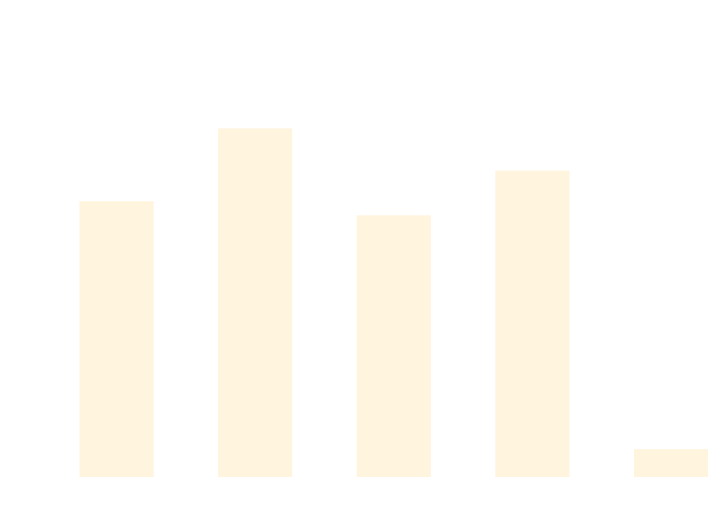
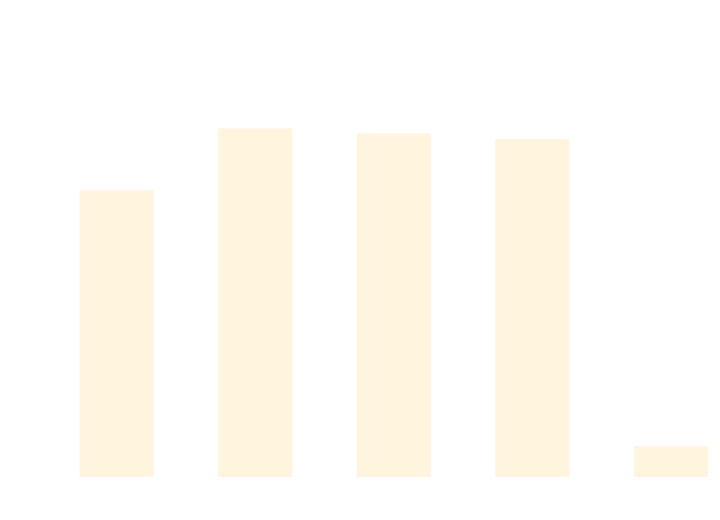
One commit to thomhurst/TUnit changed the diagram in docs/docs/benchmarks/ScaleTests.md. Above: the diagram before and after it, drawn with Mermaid. The commit also changed other lines of this file and 17 other files, not shown here.

````diff
--- a/docs/docs/benchmarks/ScaleTests.md
+++ b/docs/docs/benchmarks/ScaleTests.md
@@ -27,37 +27,37 @@
 ```mermaid
 %%{init: {
   'theme':'base',
   'themeVariables': {
     'primaryColor': '#2563eb',
     'primaryTextColor': '#ffffff',
     'primaryBorderColor': '#1e40af',
     'lineColor': '#6b7280',
     'secondaryColor': '#7c3aed',
     'tertiaryColor': '#dc2626',
     'background': '#ffffff',
     'mainBkg': '#2563eb',
     'secondBkg': '#7c3aed',
     'tertiaryBkg': '#dc2626',
     'clusterBkg': '#f3f4f6',
     'edgeLabelBackground': '#ffffff',
     'tertiaryTextColor': '#1f2937',
     'pie1': '#2563eb',
     'pie2': '#7c3aed',
     'pie3': '#dc2626',
     'pie4': '#f59e0b',
     'pie5': '#10b981',
     'pie6': '#06b6d4',
     'pie7': '#ec4899',
     'pie8': '#6366f1',
     'pie9': '#84cc16',
     'pie10': '#f97316',
     'pie11': '#14b8a6',
     'pie12': '#a855f7'
   }
 }}%%
 xychart-beta
   title "ScaleTests Performance Comparison"
   x-axis ["TUnit", "NUnit", "MSTest", "xUnit3", "TUnit_AOT"]
-  y-axis "Time (ms)" 0 --> 823
-  bar [538.81, 685.37, 510.36, 600.39, 39.92]
+  y-axis "Time (ms)" 0 --> 760
+  bar [517.94, 632.9, 623.5, 612.73, 42.2]
 ```
````
